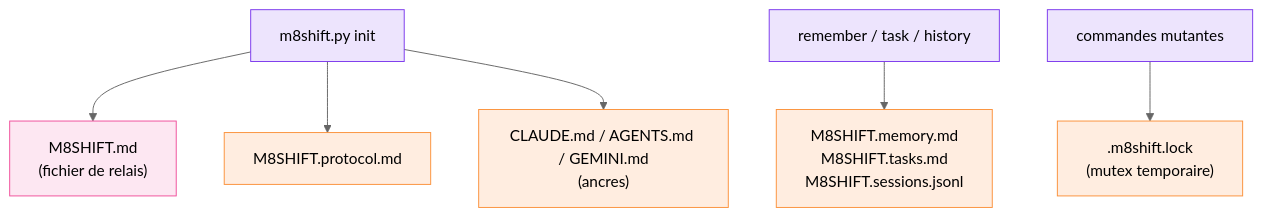
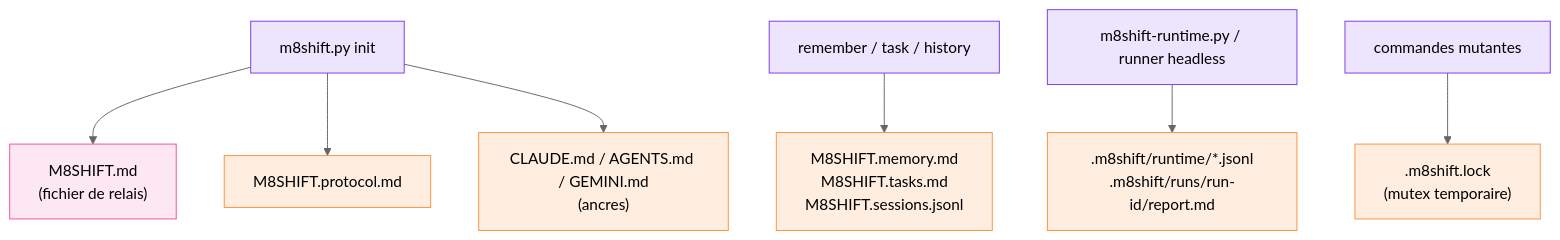
One commit to M8Shift/m8shift.github.io changed the diagram in docs/fr/reference/generated-files.md. Above: the diagram before and after it, drawn with Mermaid (neutral theme). The commit also changed other lines of this file and 11 other files, not shown here.

````diff
--- a/docs/fr/reference/generated-files.md
+++ b/docs/fr/reference/generated-files.md
@@ -7,15 +7,16 @@
 ```mermaid
 flowchart TD
     INIT["m8shift.py init"] --> RELAY["M8SHIFT.md<br/>(fichier de relais)"]
     INIT --> PROTO["M8SHIFT.protocol.md"]
     INIT --> ANCH["CLAUDE.md / AGENTS.md / GEMINI.md<br/>(ancres)"]
     CMD["remember / task / history"] --> LEDGER["M8SHIFT.memory.md<br/>M8SHIFT.tasks.md<br/>M8SHIFT.sessions.jsonl"]
+    RT["m8shift-runtime.py / runner headless"] --> RUNTIME[".m8shift/runtime/*.jsonl<br/>.m8shift/runs/run-id/report.md"]
     MUT["commandes mutantes"] --> LOCK[".m8shift.lock<br/>(mutex temporaire)"]
 
     classDef agent fill:#7c3aed22,stroke:#7c3aed;
     classDef pen fill:#f0509c22,stroke:#f0509c;
     classDef store fill:#ff7a1822,stroke:#fb923c;
-    class INIT,CMD,MUT agent
+    class INIT,CMD,MUT,RT agent
     class RELAY pen
-    class PROTO,ANCH,LOCK,LEDGER store
+    class PROTO,ANCH,LOCK,LEDGER,RUNTIME store
 ```
````
